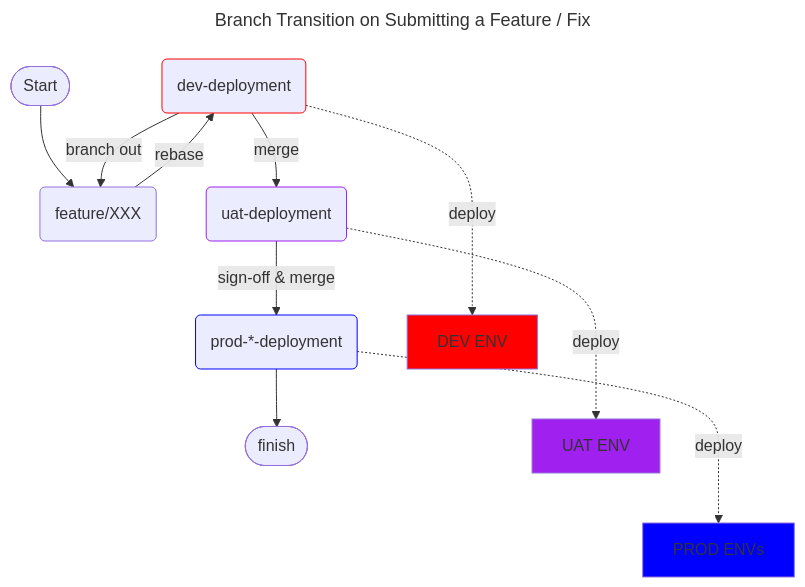
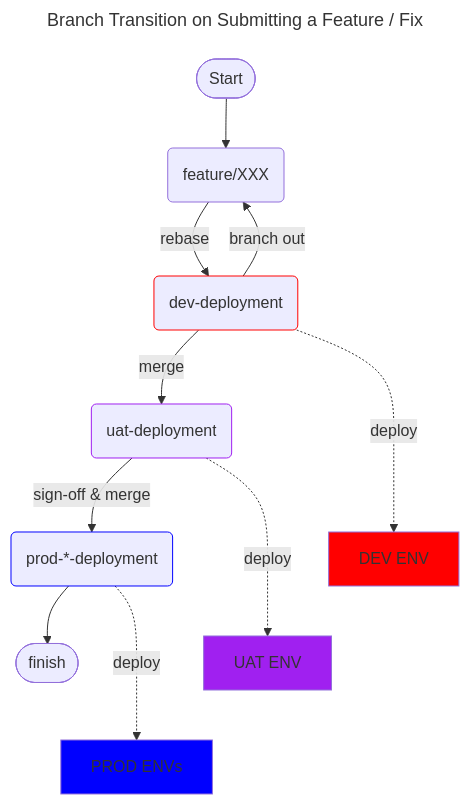
One commit to adamwan-nexplore/guidebook-nxp-hk changed the first of 3 diagrams in how-we-develop/git-workflow.md. Above: the diagram before and after it, drawn with Mermaid. The commit also changed other lines of this file and 3 other files, not shown here.

Commit message:
24 dec: mermaid on infra

````diff
--- a/how-we-develop/git-workflow.md
+++ b/how-we-develop/git-workflow.md
@@ -21,31 +22,31 @@
 ```mermaid
 ---
 title: Branch Transition on Submitting a Feature / Fix
 ---
 flowchart TD
+    feature(feature/XXX)
     develop(dev-deployment)
-    feature(feature/XXX)
     uat(uat-deployment)
     prod(prod-*-deployment)
     start([Start])
     finish([finish])
 
     dev-env[DEV ENV]
     uat-env[UAT ENV]
     prod-env[PROD ENVs]
 
     style develop stroke:#f00
     style uat stroke:#A020F0
     style prod stroke:#00f
 
     style dev-env fill:#f00
     style uat-env fill:#A020F0
     style prod-env fill:#00f
 
     start --> feature
     develop -->|branch out| feature -->|rebase| develop -->|merge| uat -->|sign-off & merge| prod --> finish
 
     develop -..->|deploy| dev-env
     uat -..->|deploy| uat-env
     prod -..->|deploy| prod-env
 ```
````
